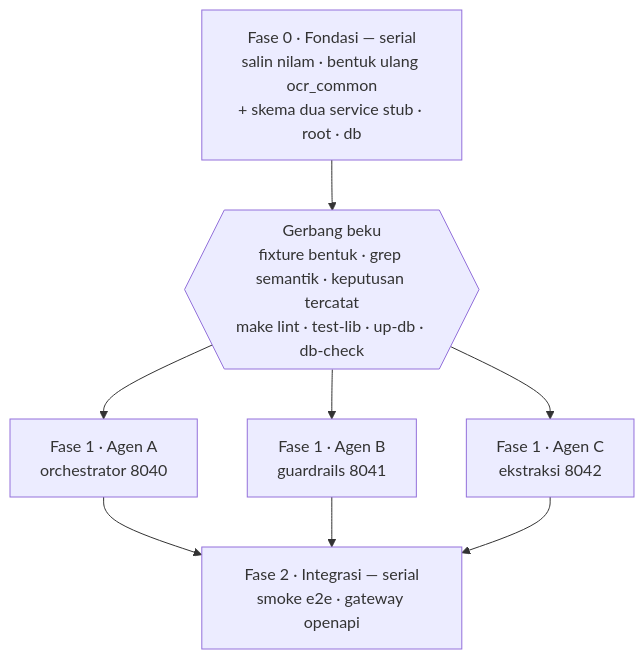
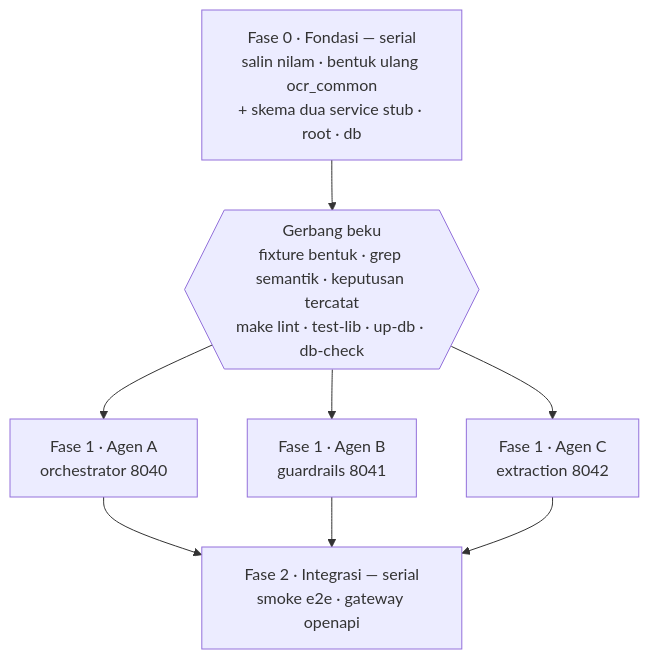
One commit to Kasyfil97/nlm-k2 changed the diagram in docs/brainstorms/2026-09-26-nlm-k2-tiga-service-pertama-requirements.md. Above: the diagram before and after it, drawn with Mermaid. The commit also changed other lines of this file and 143 other files, not shown here.

First line of the commit message:
Rename service from ekstraksi to extraction throughout the codebase

````diff
--- a/docs/brainstorms/2026-09-26-nlm-k2-tiga-service-pertama-requirements.md
+++ b/docs/brainstorms/2026-09-26-nlm-k2-tiga-service-pertama-requirements.md
@@ -30,11 +30,11 @@
 ```mermaid
 flowchart TB
     F["Fase 0 · Fondasi — serial<br/>salin nilam · bentuk ulang ocr_common<br/>+ skema dua service stub · root · db"]
     F --> G{{"Gerbang beku<br/>fixture bentuk · grep semantik · keputusan tercatat<br/>make lint · test-lib · up-db · db-check"}}
     G --> A["Fase 1 · Agen A<br/>orchestrator 8040"]
     G --> B["Fase 1 · Agen B<br/>guardrails 8041"]
-    G --> C["Fase 1 · Agen C<br/>ekstraksi 8042"]
+    G --> C["Fase 1 · Agen C<br/>extraction 8042"]
     A --> I["Fase 2 · Integrasi — serial<br/>smoke e2e · gateway openapi"]
     B --> I
     C --> I
 ```
````
